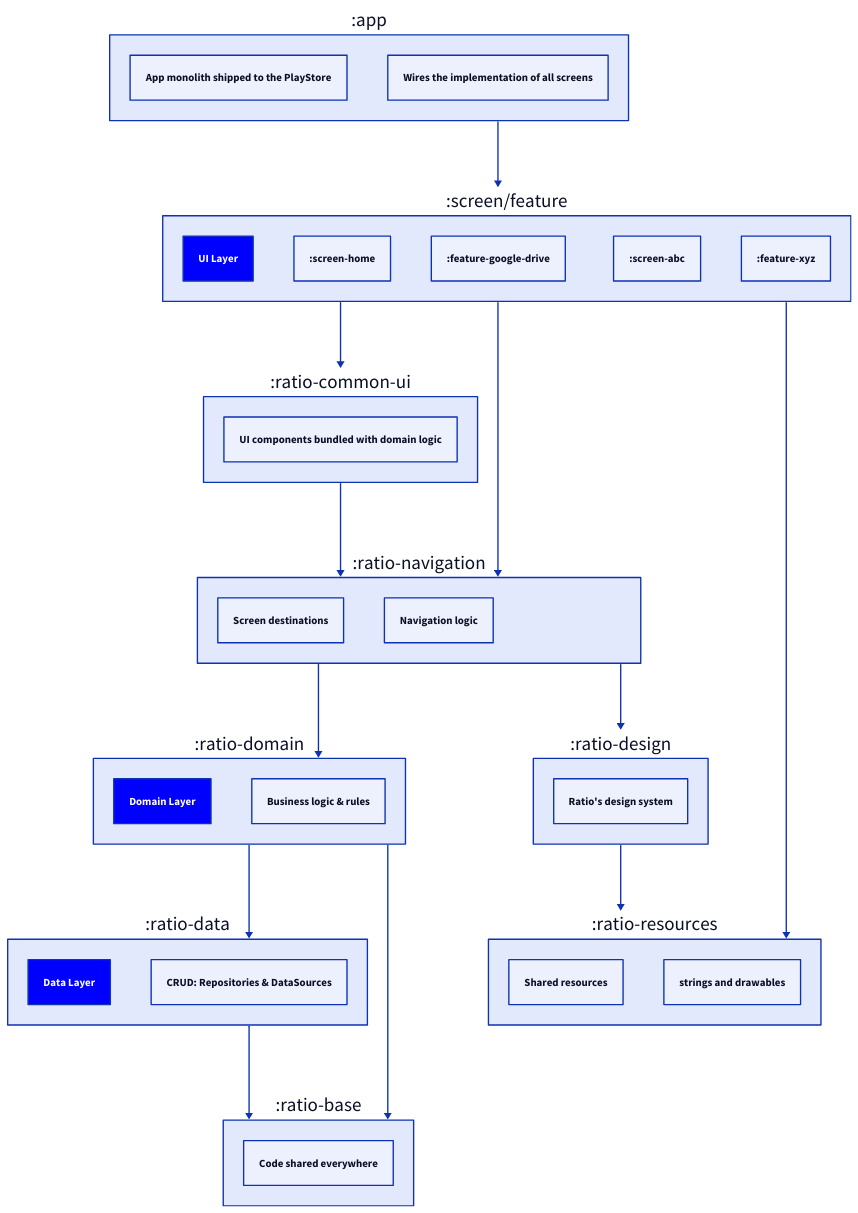
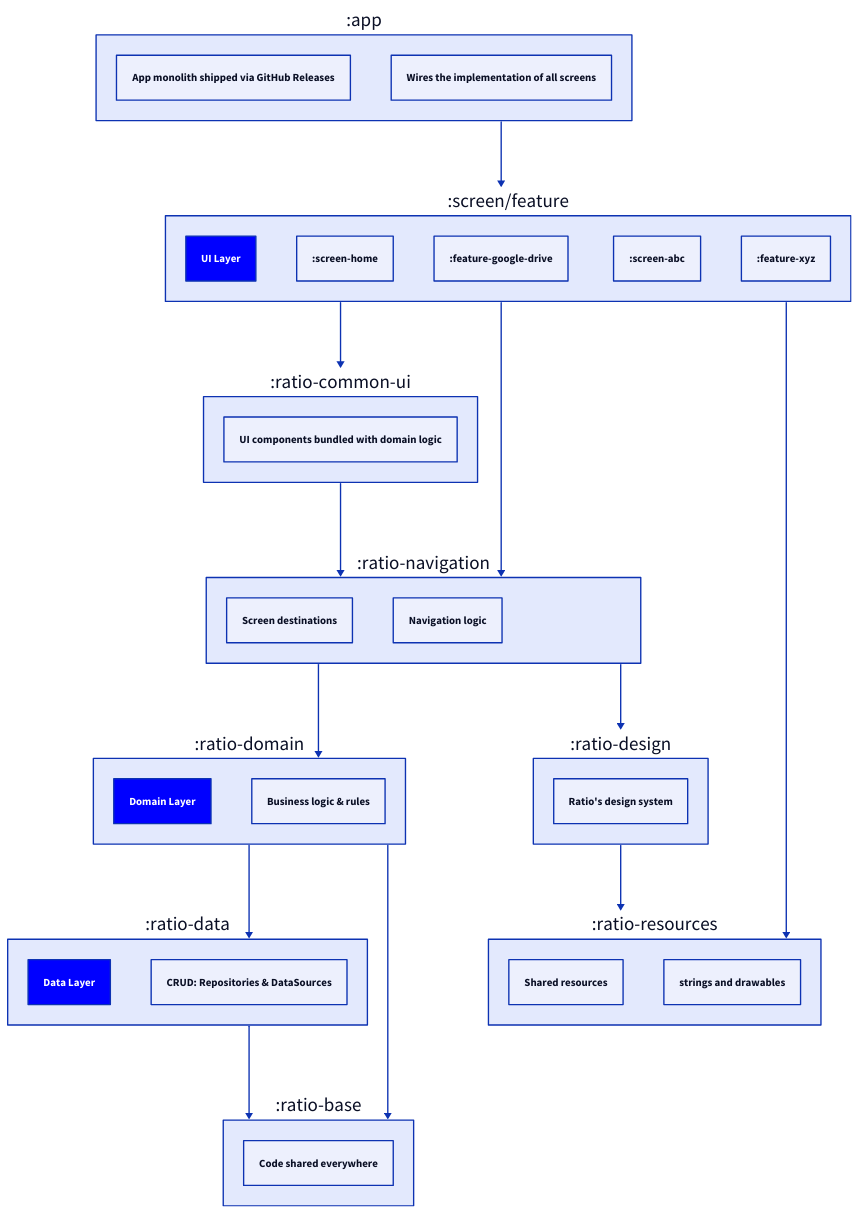
One commit to Pranesh-Selvaraj/Ratio changed the diagram in docs/assets/modularization.d2. Above: the diagram before and after it, drawn with D2. The commit also changed 13 other files, not shown here.

First line of the commit message:
Make Ratio an open source, GitHub-only project

```diff
--- a/docs/assets/modularization.d2
+++ b/docs/assets/modularization.d2
@@ -1,67 +1,67 @@
 ratio-res: ":ratio-resources" {
   "Shared resources"
   "strings and drawables"
 }
 ratio-base: ":ratio-base" {
   "Code shared everywhere"
 }
 ratio-data: ":ratio-data" {
   "Data Layer" {
     style {
       fill: blue
       font-color: white
     }
   }
   "CRUD: Repositories & DataSources"
 }
 ratio-domain: ":ratio-domain" {
   "Domain Layer" {
     style {
       fill: blue
       font-color: white
     }
   }
   "Business logic & rules"
 }
 ratio-common-ui: ":ratio-common-ui" {
   "UI components bundled with domain logic"
 }
 ratio-nav: ":ratio-navigation" {
   "Screen destinations"
   "Navigation logic"
 }
 ratio-design: ":ratio-design" {
   "Ratio's design system"
 }
 screens: ":screen/feature" {
   "UI Layer" {
     style {
       fill: blue
       font-color: white
     }
   }
   ":screen-home"
   ":feature-google-drive"
   ":screen-abc"
   ":feature-xyz"
 }
 app: ":app" {
-  "App monolith shipped to the PlayStore"
+  "App monolith shipped via GitHub Releases"
   "Wires the implementation of all screens"
 }
 
 ratio-data -> ratio-base
 ratio-domain -> ratio-data
 ratio-domain -> ratio-base
 
 ratio-design -> ratio-res
 ratio-nav -> ratio-domain
 ratio-nav -> ratio-design
 
 ratio-common-ui -> ratio-nav
 
 screens -> ratio-common-ui
 screens -> ratio-nav
 screens -> ratio-res
 
 app -> screens
```
